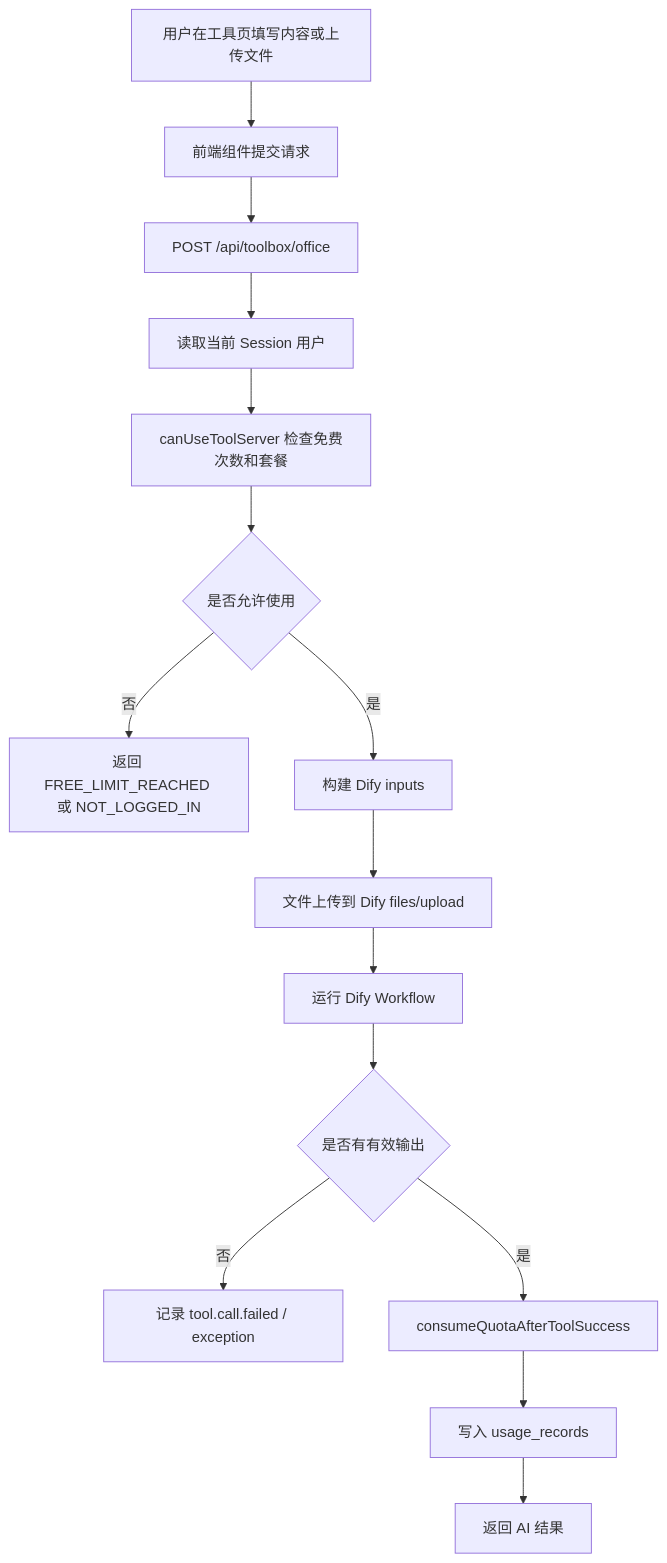
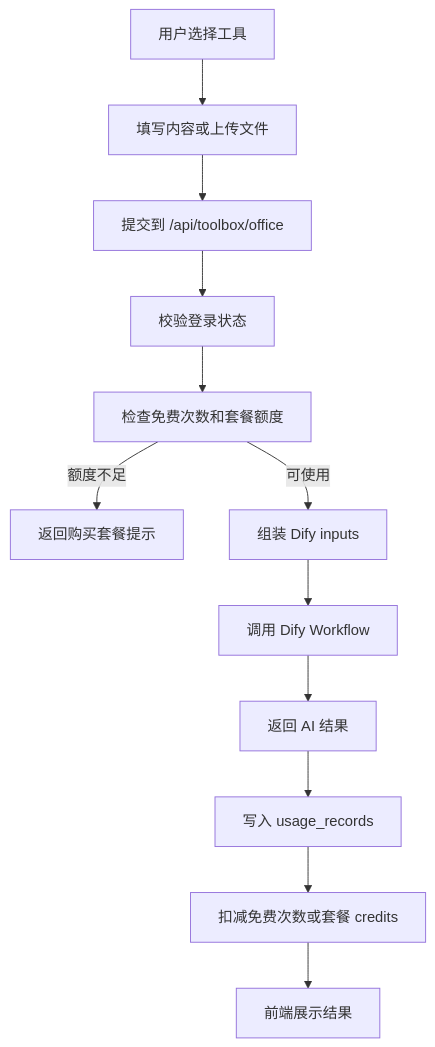
The fifth of 11 diagrams in docs/AI工具箱V2.0完整技术文档.md (yan073747/ai-office-toolbox), drawn with Mermaid before and after one commit. The commit also changed other lines of this file, not shown here.

````diff
--- a/docs/AI工具箱V2.0完整技术文档.md
+++ b/docs/AI工具箱V2.0完整技术文档.md
@@ -561,17 +456,14 @@
 ```mermaid
 flowchart TD
-  A["用户在工具页填写内容或上传文件"] --> B["前端组件提交请求"]
-  B --> C["POST /api/toolbox/office"]
-  C --> D["读取当前 Session 用户"]
-  D --> E["canUseToolServer 检查免费次数和套餐"]
-  E --> F{"是否允许使用"}
-  F -- 否 --> G["返回 FREE_LIMIT_REACHED 或 NOT_LOGGED_IN"]
-  F -- 是 --> H["构建 Dify inputs"]
-  H --> I["文件上传到 Dify files/upload"]
-  I --> J["运行 Dify Workflow"]
-  J --> K{"是否有有效输出"}
-  K -- 否 --> L["记录 tool.call.failed / exception"]
-  K -- 是 --> M["consumeQuotaAfterToolSuccess"]
-  M --> N["写入 usage_records"]
-  N --> O["返回 AI 结果"]
+  A["用户选择工具"] --> B["填写内容或上传文件"]
+  B --> C["提交到 /api/toolbox/office"]
+  C --> D["校验登录状态"]
+  D --> E["检查免费次数和套餐额度"]
+  E -- 额度不足 --> F["返回购买套餐提示"]
+  E -- 可使用 --> G["组装 Dify inputs"]
+  G --> H["调用 Dify Workflow"]
+  H --> I["返回 AI 结果"]
+  I --> J["写入 usage_records"]
+  J --> K["扣减免费次数或套餐 credits"]
+  K --> L["前端展示结果"]
 ```
````
